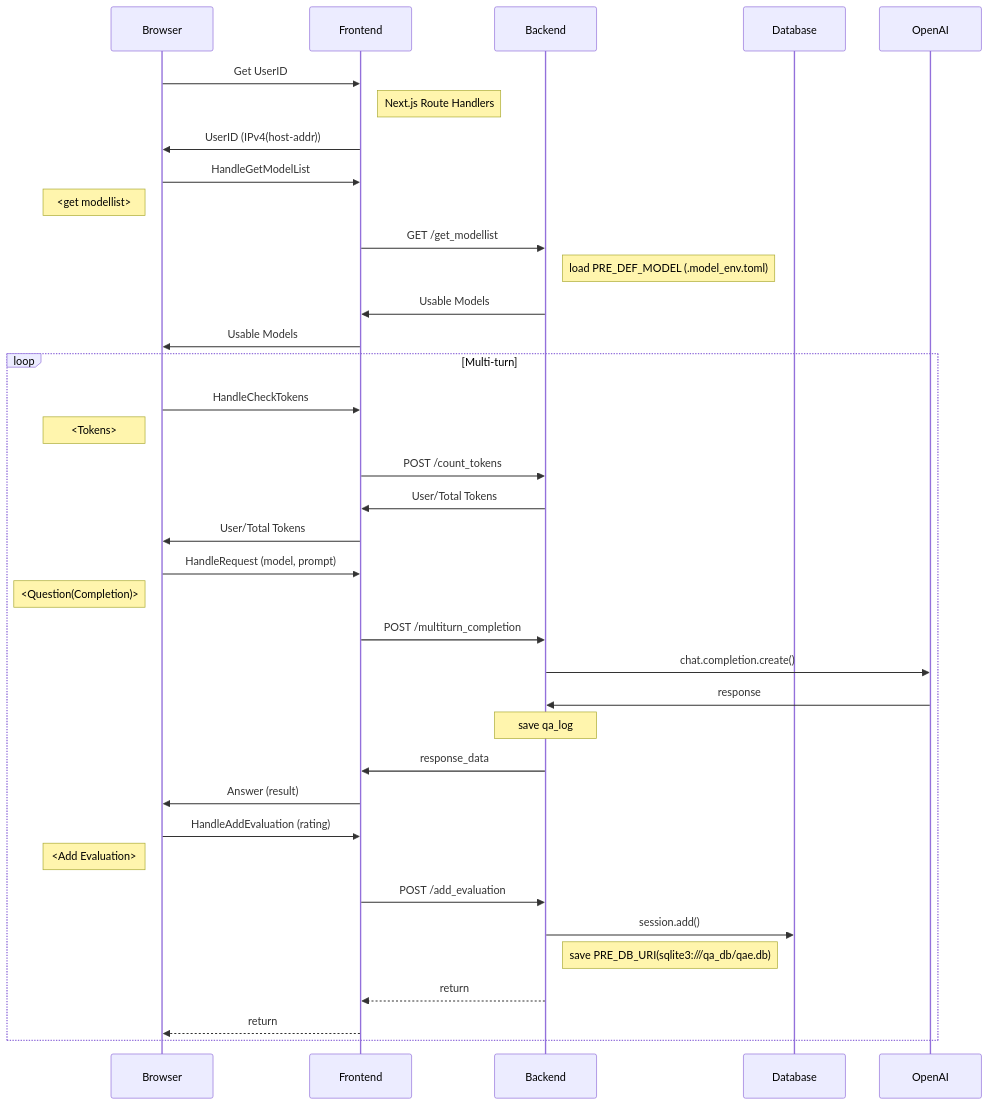
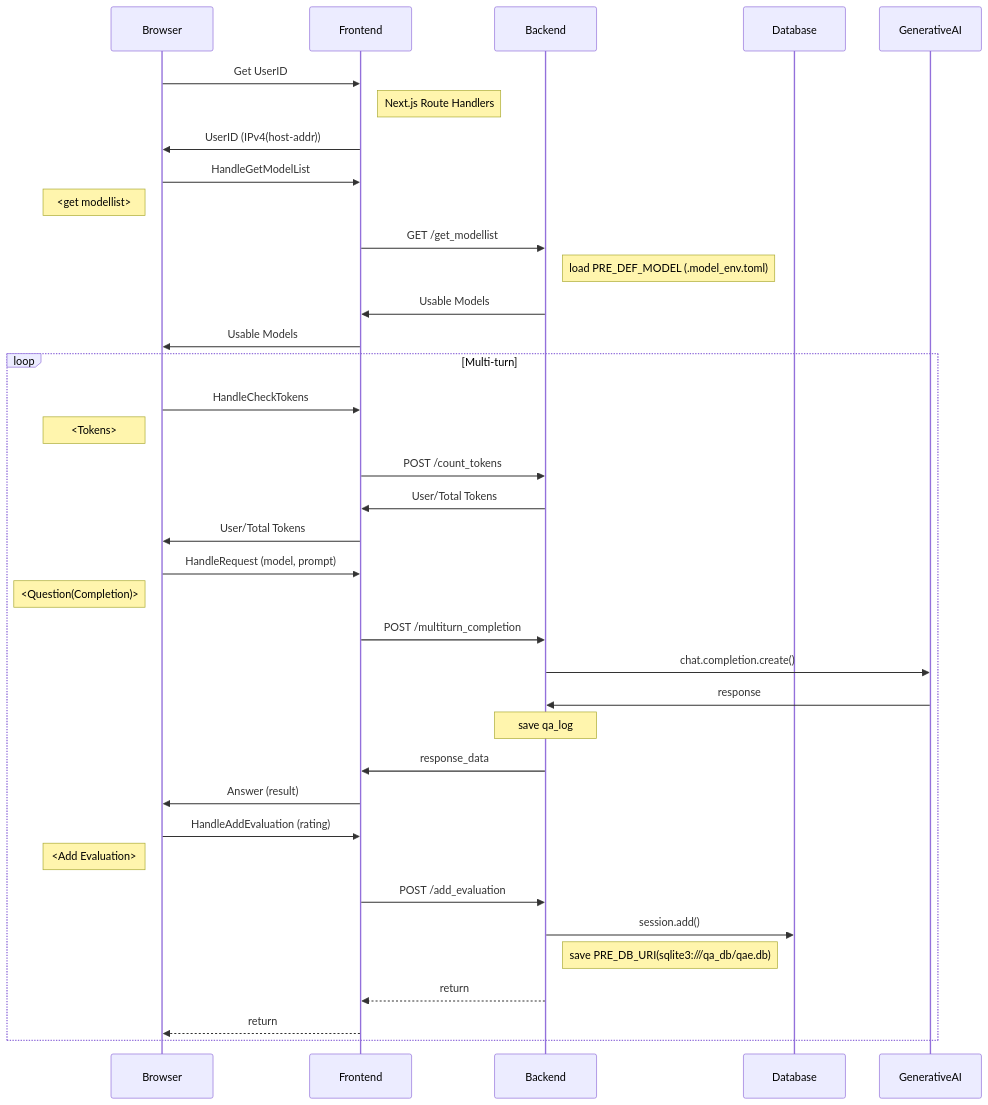
One commit to ottawan25/quaet changed the diagram in README.md. Above: the diagram before and after it, drawn with Mermaid. The commit also changed other lines of this file and 37 other files, not shown here.

````diff
--- a/README.md
+++ b/README.md
@@ -80,39 +86,39 @@
 ```mermaid
 sequenceDiagram
     participant Browser
     participant Frontend
     participant Backend
     participant Database
-    participant OpenAI
+    participant GenerativeAI
     Browser->>Frontend: Get UserID
     Note right of Frontend: Next.js Route Handlers
     Frontend->>Browser: UserID (IPv4(host-addr))
     Browser->>Frontend: HandleGetModelList
     Note left of Browser: <get modellist>
     Frontend->>Backend: GET /get_modellist
     Note right of Backend: load PRE_DEF_MODEL (.model_env.toml)
     Backend->>Frontend: Usable Models
     Frontend->>Browser: Usable Models
     loop Multi-turn
     Browser->>Frontend: HandleCheckTokens
     Note left of Browser: <Tokens>
     Frontend->>Backend: POST /count_tokens
     Backend->>Frontend: User/Total Tokens
     Frontend->>Browser: User/Total Tokens
     Browser->>Frontend: HandleRequest (model, prompt)
     Note left of Browser: <Question(Completion)>
     Frontend->>Backend: POST /multiturn_completion
-    Backend->>OpenAI: chat.completion.create()
-    OpenAI->>Backend: response
+    Backend->>GenerativeAI: chat.completion.create()
+    GenerativeAI->>Backend: response
     Note over Backend: save qa_log
     Backend->>Frontend: response_data
     Frontend->>Browser: Answer (result)
     Browser->>Frontend: HandleAddEvaluation (rating)
     Note left of Browser: <Add Evaluation>
     Frontend->>Backend: POST /add_evaluation
     Backend->>Database: session.add()
     Note right of Backend: save PRE_DB_URI(sqlite3:///qa_db/qae.db)
     Backend-->>Frontend: return
     Frontend-->>Browser: return
     end
 ```
````
